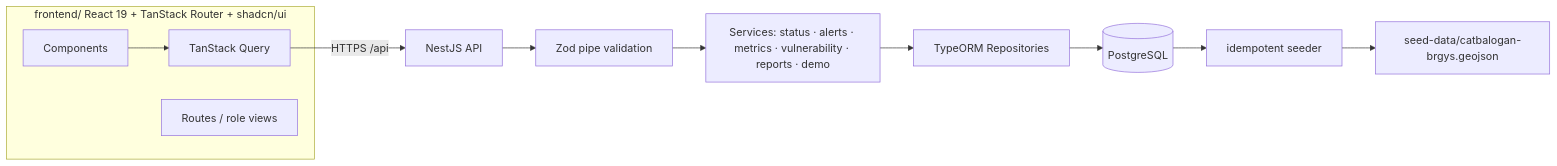
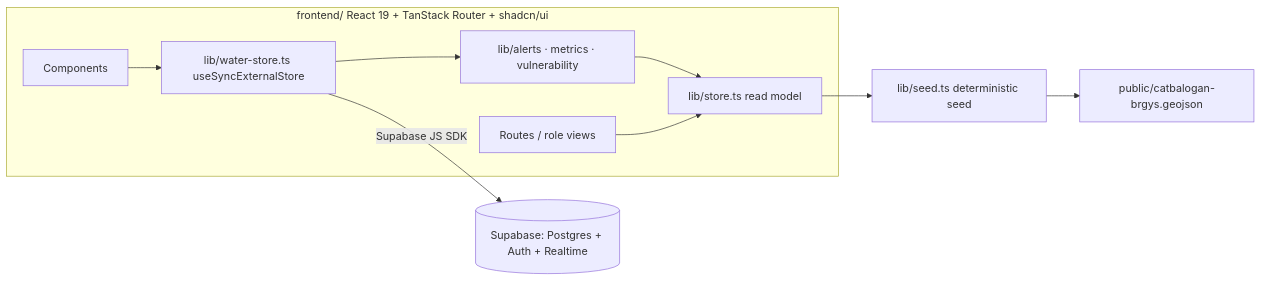
The first of 4 diagrams in docs/system-design.md (JoshuaPadilla/WellPoint), drawn with Mermaid before and after one commit. The commit also changed other lines of this file and 104 other files, not shown here.

````diff
--- a/docs/system-design.md
+++ b/docs/system-design.md
@@ -129,14 +132,12 @@
 ```mermaid
 flowchart LR
   subgraph UI[frontend/ React 19 + TanStack Router + shadcn/ui]
-    C[Components] --> Q[TanStack Query]
-    R[Routes / role views]
+    C[Components] --> STORE[lib/water-store.ts useSyncExternalStore]
+    STORE --> DER[lib/alerts · metrics · vulnerability]
+    DER --> RM[lib/store.ts read model]
+    R[Routes / role views] --> RM
   end
-  Q -->|HTTPS /api| API[NestJS API]
-  API --> V[Zod pipe validation]
-  V --> SVC[Services: status · alerts · metrics · vulnerability · reports · demo]
-  SVC --> ORM[TypeORM Repositories]
-  ORM --> DB[(PostgreSQL)]
-  DB --> SEED[idempotent seeder]
-  SEED --> GEO[seed-data/catbalogan-brgys.geojson]
+  STORE -->|Supabase JS SDK| SB[(Supabase: Postgres + Auth + Realtime)]
+  RM --> SEED[lib/seed.ts deterministic seed]
+  SEED --> GEO[public/catbalogan-brgys.geojson]
 ```
````
